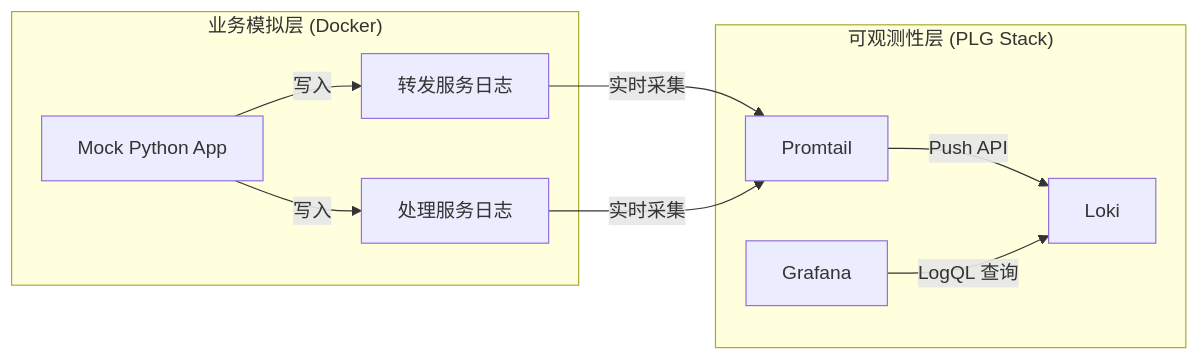
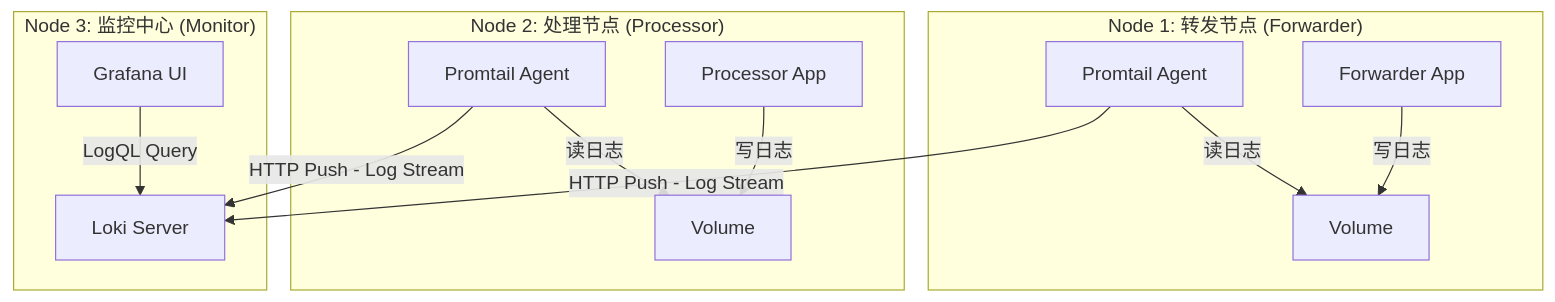
The diagram in README.md (LouisLiuNova/plg-direct-demo), drawn with Mermaid before and after one commit. The commit also changed other lines of this file and 8 other files, not shown here.

First line of the commit message:
feat(arch): upgrade to v2.0 distributed container architecture

````diff
--- a/README.md
+++ b/README.md
@@ -14,13 +18,22 @@
 ```mermaid
-graph LR
-    subgraph "业务模拟层 (Docker)"
-        App[Mock Python App] -->|写入| LogA[转发服务日志]
-        App -->|写入| LogB[处理服务日志]
+graph TB
+    subgraph "Node 1: 转发节点 (Forwarder)"
+        App1[Forwarder App] -->|写日志| Vol1[Volume]
+        Sidecar1[Promtail Agent] -->|读日志| Vol1
     end
 
-    subgraph "可观测性层 (PLG Stack)"
-        LogA & LogB -->|实时采集| Promtail
-        Promtail -->|Push API| Loki
-        Grafana -->|LogQL 查询| Loki
+    subgraph "Node 2: 处理节点 (Processor)"
+        App2[Processor App] -->|写日志| Vol2[Volume]
+        Sidecar2[ Promtail Agent] -->|读日志| Vol2
     end
+
+    subgraph "Node 3: 监控中心 (Monitor)"
+        Loki[Loki Server]
+        Grafana[Grafana UI]
+    end
+
+    %% 数据流向
+    Sidecar1 -->|HTTP Push - Log Stream| Loki
+    Sidecar2 -->|HTTP Push - Log Stream| Loki
+    Grafana -->|LogQL Query| Loki
 ```
````
